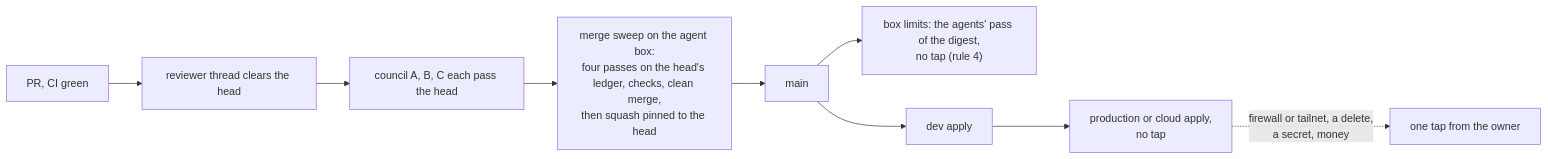
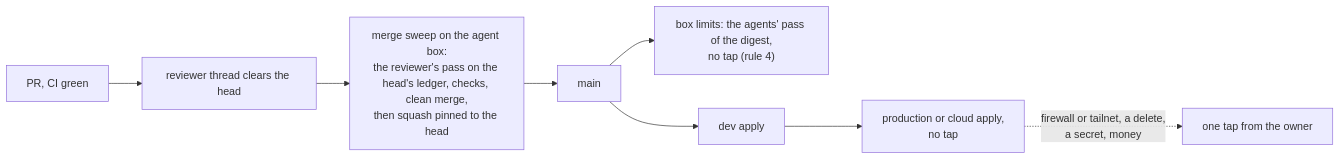
One commit to jonhill90/central-hub changed the diagram in docs/decisions/0042-let-agents-approve-every-reversible-change-in-the-owners-place.md. Above: the diagram before and after it, drawn with Mermaid. The commit also changed other lines of this file and 16 other files, not shown here.

First line of the commit message:
feat: drop the three councils from the merge sweep, the rules and the runbooks (#448)

````diff
--- a/docs/decisions/0042-let-agents-approve-every-reversible-change-in-the-owners-place.md
+++ b/docs/decisions/0042-let-agents-approve-every-reversible-change-in-the-owners-place.md
@@ -78,11 +78,10 @@
 ```mermaid
 flowchart LR
   pr["PR, CI green"] --> rv["reviewer thread clears the head"]
-  rv --> cn["council A, B, C each pass the head"]
-  cn --> job["merge sweep on the agent box:<br/>four passes on the head's ledger, checks, clean merge,<br/>then squash pinned to the head"]
+  rv --> job["merge sweep on the agent box:<br/>the reviewer's pass on the head's ledger, checks, clean merge,<br/>then squash pinned to the head"]
   job --> main["main"]
   main --> box["box limits: the agents' pass of the digest,<br/>no tap (rule 4)"]
   main --> dev["dev apply"]
   dev --> prod["production or cloud apply,<br/>no tap"]
   prod -. "firewall or tailnet, a delete,<br/>a secret, money" .-> tap["one tap from the owner"]
 ```
````
